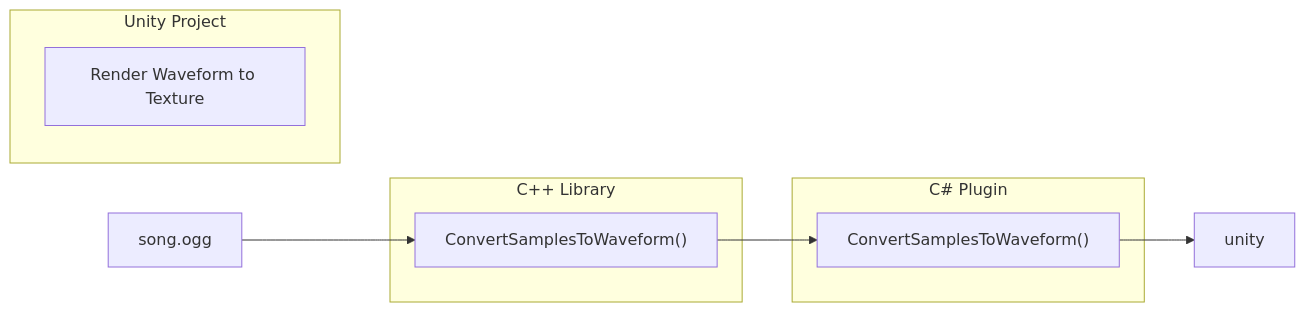
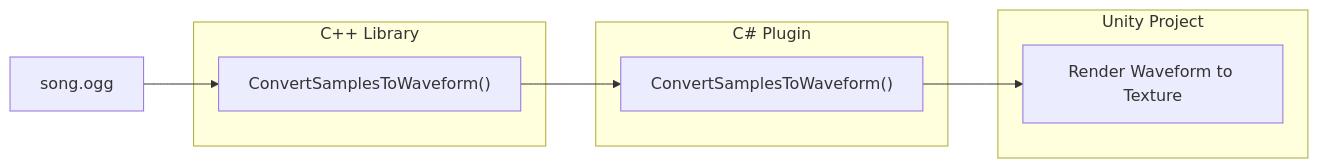
The second of 2 diagrams in case-study/rhythm-game-prototype.md (neogeek/scottdoxey.com), drawn with Mermaid before and after one commit.

Commit message:
Updated case study.

```diff
--- a/case-study/rhythm-game-prototype.md
+++ b/case-study/rhythm-game-prototype.md
@@ -112,21 +112,21 @@
 <pre class="mermaid">
 graph LR;
     file["song.ogg"]
 
     file-->convertSamplesToWaveformCpp
 
     subgraph cppLibrary ["C++ Library"]
         convertSamplesToWaveformCpp["ConvertSamplesToWaveform()"]
     end
 
     subgraph csharpLibrary ["C# Plugin"]
         convertSamplesToWaveformCsharp["ConvertSamplesToWaveform()"]
     end
 
     subgraph unityProject ["Unity Project"]
         renderWaveformToTexture["Render Waveform to Texture"]
     end
 
     convertSamplesToWaveformCpp-->convertSamplesToWaveformCsharp
-    convertSamplesToWaveformCsharp-->unity
+    convertSamplesToWaveformCsharp-->renderWaveformToTexture
 </pre>
```
